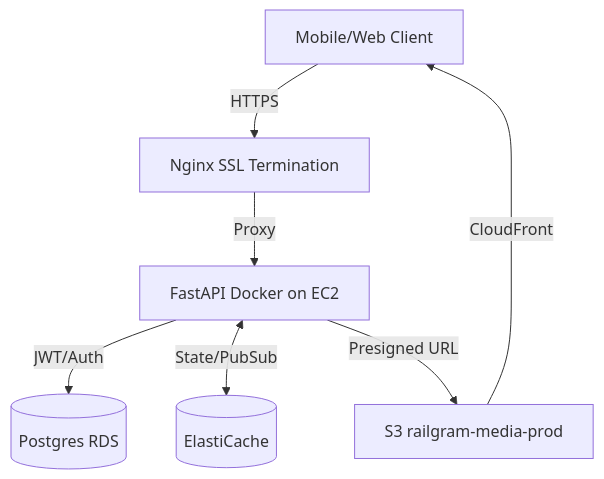
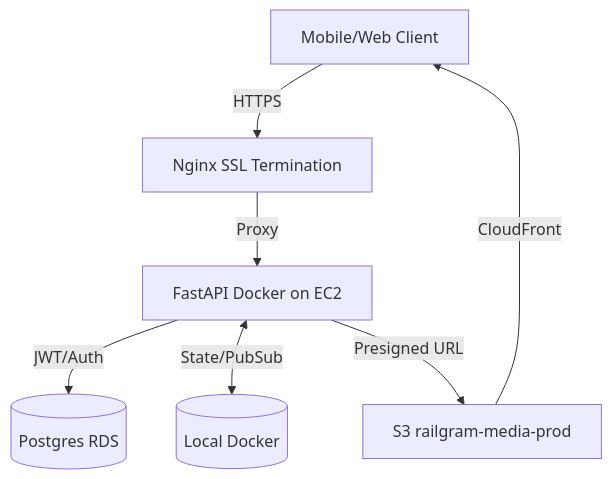
One commit to itskie/RailGram changed the first of 2 diagrams in README.md. Above: the diagram before and after it, drawn with Mermaid. The commit also changed other lines of this file and 2 other files, not shown here.

Commit message:
docs: update README files — stories/highlights features, ElastiCache removed, infra changes

````diff
--- a/README.md
+++ b/README.md
@@ -687,9 +689,9 @@
 ```mermaid
 graph TD
     Client[Mobile/Web Client] -->|HTTPS| Nginx[Nginx SSL Termination]
     Nginx -->|Proxy| FastAPI[FastAPI Docker on EC2]
     FastAPI -->|JWT/Auth| DB[(Postgres RDS)]
-    FastAPI <-->|State/PubSub| Redis[(ElastiCache)]
+    FastAPI <-->|State/PubSub| Redis[(Local Docker)]
     FastAPI -->|Presigned URL| S3[S3 railgram-media-prod]
     S3 -->|CloudFront| Client
 ```
````
